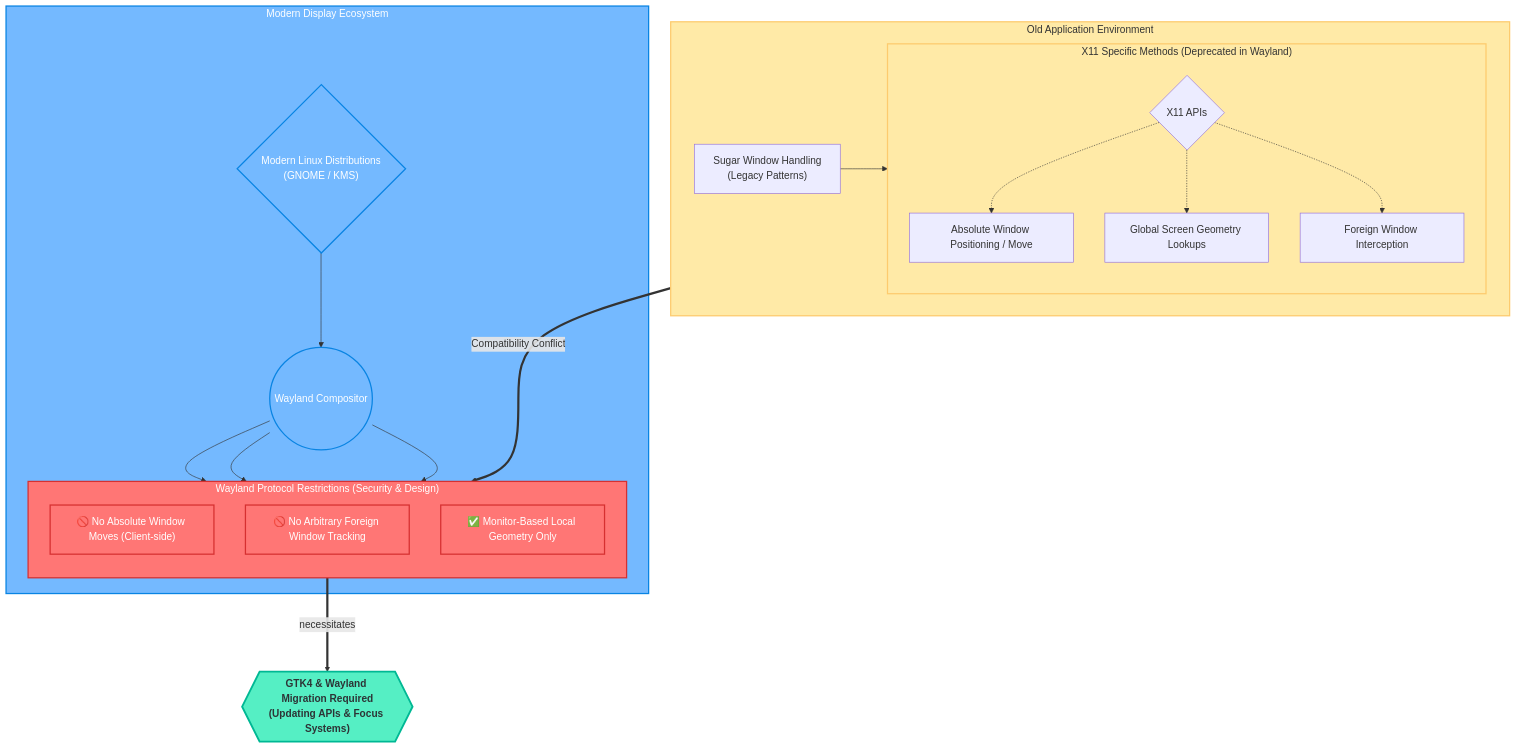
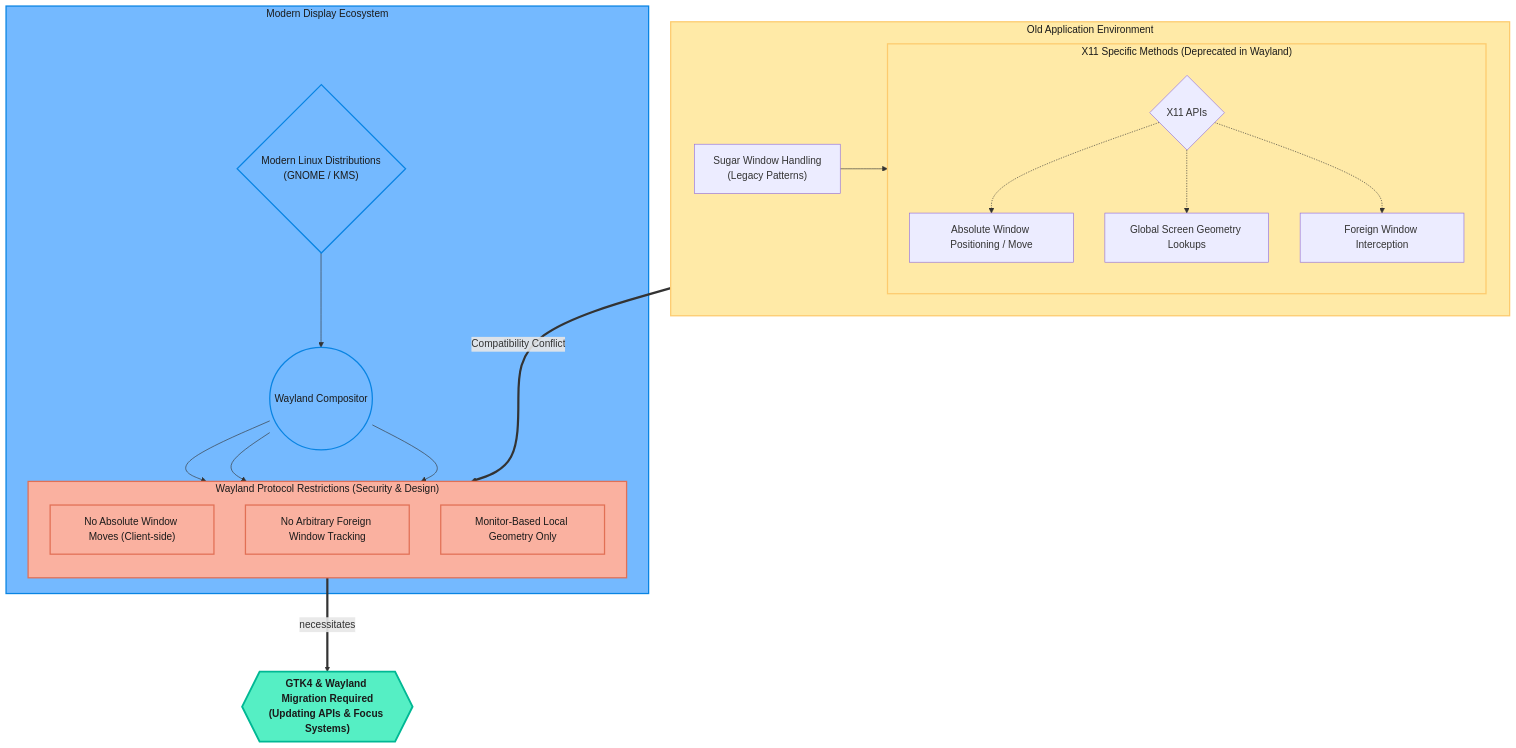
Before and after one commit to Dev10-sys/sugar-proposal-gtk: the ninth of 9 diagrams in proposal.md, drawn with Mermaid. The commit also changed other lines of this file, not shown here.

Commit message:
Polish all diagrams: remove emojis, dark text, professional styling

````diff
--- a/proposal.md
+++ b/proposal.md
@@ -600,56 +613,56 @@
 ```mermaid
 flowchart TD
     %% Current State
     subgraph LegacyEnv ["Old Application Environment"]
         OldSugar["Sugar Window Handling\n(Legacy Patterns)"]
 
         subgraph X11Features ["X11 Specific Methods (Deprecated in Wayland)"]
             direction TB
             X11Calls{"X11 APIs"}
             WindowMove["Absolute Window Positioning / Move"]
             ScreenSize["Global Screen Geometry Lookups"]
             ForeignWindows["Foreign Window Interception"]
         end
 
         OldSugar --> X11Calls
         X11Calls -.-> WindowMove
         X11Calls -.-> ScreenSize
         X11Calls -.-> ForeignWindows
     end
 
     %% Target State
     subgraph ModernEnv ["Modern Display Ecosystem"]
         NewLinux{"Modern Linux Distributions\n(GNOME / KMS)"}
         Wayland(("Wayland Compositor"))
 
         subgraph WaylandRestrictions ["Wayland Protocol Restrictions (Security & Design)"]
             direction TB
-            Restriction1["🚫 No Absolute Window Moves (Client-side)"]
-            Restriction2["🚫 No Arbitrary Foreign Window Tracking"]
-            Restriction3["✅ Monitor-Based Local Geometry Only"]
+            Restriction1["No Absolute Window Moves (Client-side)"]
+            Restriction2["No Arbitrary Foreign Window Tracking"]
+            Restriction3["Monitor-Based Local Geometry Only"]
         end
 
         NewLinux --> Wayland
         Wayland --> Restriction1
         Wayland --> Restriction2
         Wayland --> Restriction3
     end
 
     %% The Clash
     LegacyEnv ===>|Compatibility Conflict| WaylandRestrictions
     WaylandRestrictions ===>|necessitates| Result
 
     Result{{"GTK4 & Wayland Migration Required\n(Updating APIs & Focus Systems)"}}
 
     %% Styling
-    classDef legacy fill:#ffeaa7,stroke:#fdcb6e,stroke-width:2px;
-    classDef conflict fill:#ff7675,stroke:#d63031,stroke-width:2px,color:#fff;
-    classDef modern fill:#74b9ff,stroke:#0984e3,stroke-width:2px,color:#fff;
-    classDef target fill:#55efc4,stroke:#00b894,stroke-width:3px,color:#2d3436,font-weight:bold;
+    classDef legacy fill:#ffeaa7,stroke:#fdcb6e,stroke-width:2px,color:#1a1a1a;
+    classDef conflict fill:#fab1a0,stroke:#e17055,stroke-width:2px,color:#1a1a1a;
+    classDef modern fill:#74b9ff,stroke:#0984e3,stroke-width:2px,color:#1a1a1a;
+    classDef target fill:#55efc4,stroke:#00b894,stroke-width:3px,color:#1a1a1a,font-weight:bold;
 
     class LegacyEnv,X11Features legacy;
     class WaylandRestrictions,Restriction1,Restriction2,Restriction3 conflict;
     class ModernEnv,NewLinux,Wayland modern;
     class Result target;
 
 ```
````
